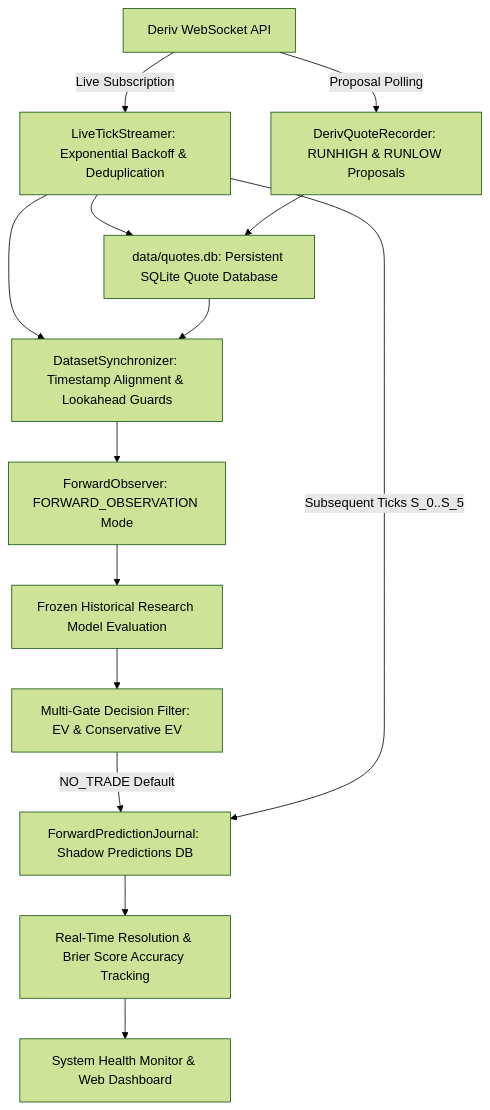
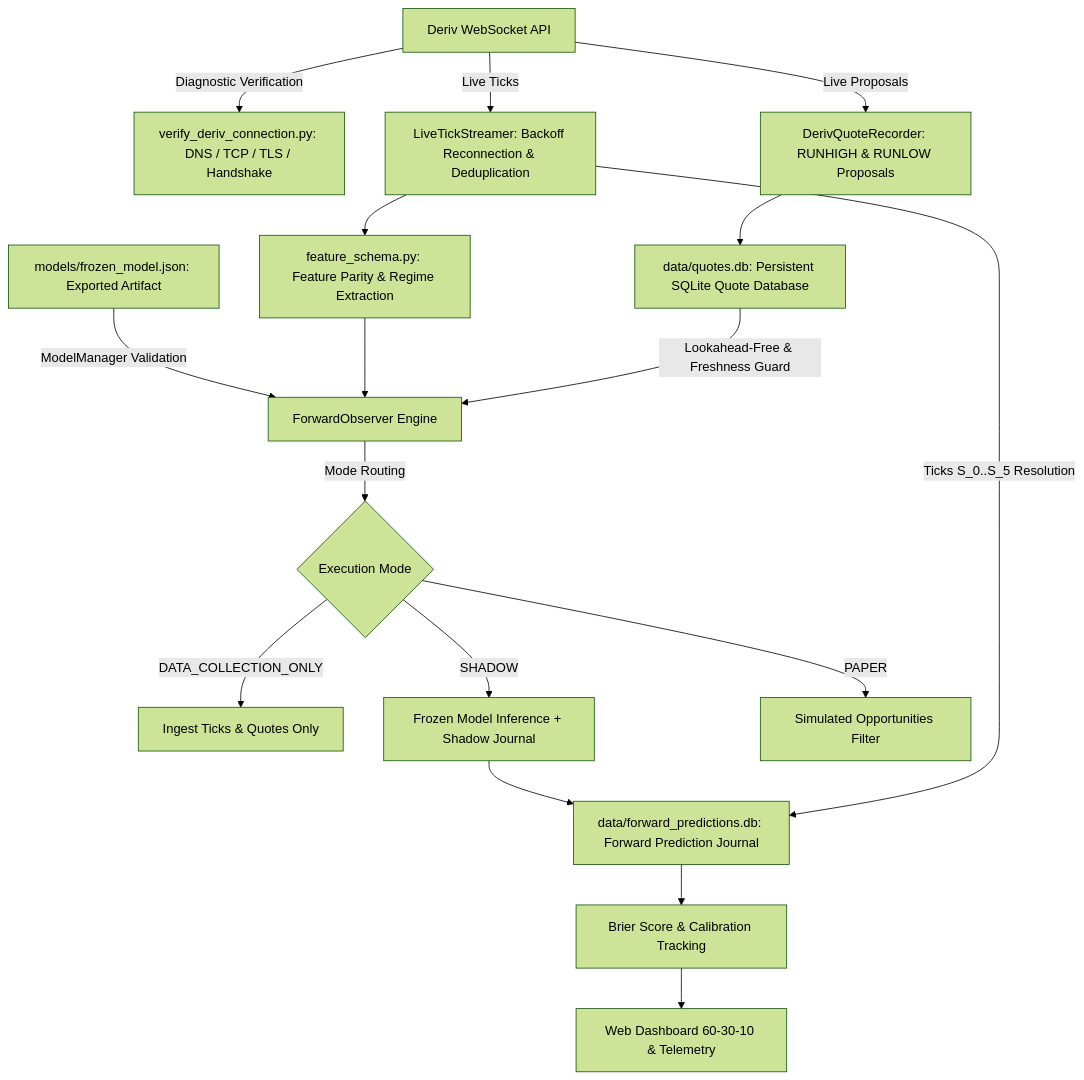
Before and after one commit to thulanesigasa/bot_builder: the diagram in README.md, drawn with Mermaid (forest theme). The commit also changed other lines of this file and 17 other files, not shown here.

Commit message:
feat(v1.5.3): hotfix frozen model integration, quote integrity, and live API diagnostics

````diff
--- a/README.md
+++ b/README.md
@@ -65,16 +60,19 @@
 ```mermaid
 graph TD
-    A[Deriv WebSocket API] -->|Live Subscription| B[LiveTickStreamer: Exponential Backoff & Deduplication]
-    A -->|Proposal Polling| C[DerivQuoteRecorder: RUNHIGH & RUNLOW Proposals]
-    B --> D[data/quotes.db: Persistent SQLite Quote Database]
-    C --> D
-    B --> E[DatasetSynchronizer: Timestamp Alignment & Lookahead Guards]
-    D --> E
-    E --> F[ForwardObserver: FORWARD_OBSERVATION Mode]
-    F --> G[Frozen Historical Research Model Evaluation]
-    G --> H[Multi-Gate Decision Filter: EV & Conservative EV]
-    H -->|NO_TRADE Default| I[ForwardPredictionJournal: Shadow Predictions DB]
-    B -->|Subsequent Ticks S_0..S_5| I
-    I --> J[Real-Time Resolution & Brier Score Accuracy Tracking]
-    J --> K[System Health Monitor & Web Dashboard]
+    A[Deriv WebSocket API] -->|Diagnostic Verification| V[verify_deriv_connection.py: DNS / TCP / TLS / Handshake]
+    A -->|Live Ticks| B[LiveTickStreamer: Backoff Reconnection & Deduplication]
+    A -->|Live Proposals| C[DerivQuoteRecorder: RUNHIGH & RUNLOW Proposals]
+    C --> D[data/quotes.db: Persistent SQLite Quote Database]
+    B --> E[feature_schema.py: Feature Parity & Regime Extraction]
+    M[models/frozen_model.json: Exported Artifact] -->|ModelManager Validation| F[ForwardObserver Engine]
+    E --> F
+    D -->|Lookahead-Free & Freshness Guard| F
+    F -->|Mode Routing| G{Execution Mode}
+    G -->|DATA_COLLECTION_ONLY| H1[Ingest Ticks & Quotes Only]
+    G -->|SHADOW| H2[Frozen Model Inference + Shadow Journal]
+    G -->|PAPER| H3[Simulated Opportunities Filter]
+    H2 --> J[data/forward_predictions.db: Forward Prediction Journal]
+    B -->|Ticks S_0..S_5 Resolution| J
+    J --> K[Brier Score & Calibration Tracking]
+    K --> L[Web Dashboard 60-30-10 & Telemetry]
 ```
````
